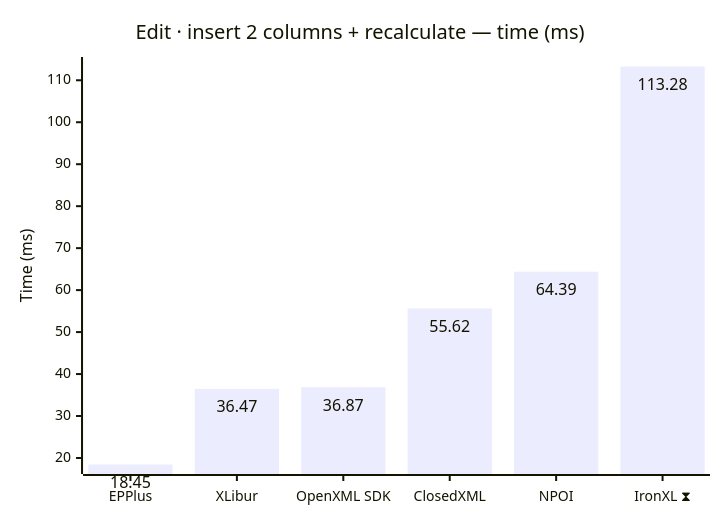
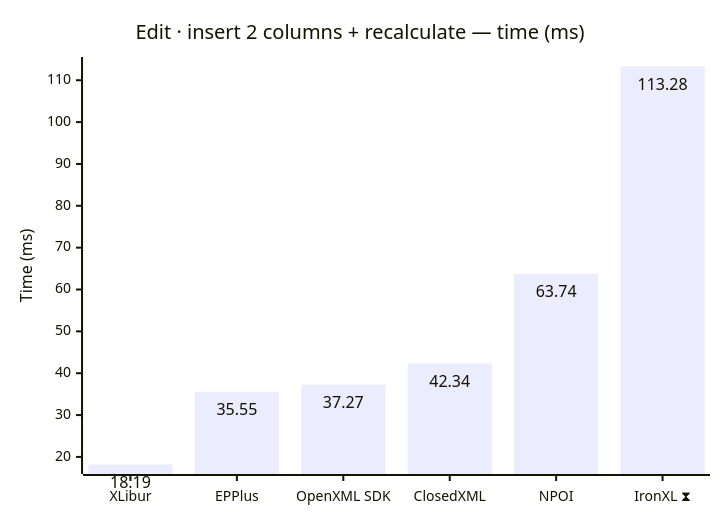
Before and after one commit to jafin/XLBench: diagram 11 of 12 in docs/results-ci.md, drawn with Mermaid. The commit also changed other lines of this file, not shown here.

````diff
--- a/docs/results-ci.md
+++ b/docs/results-ci.md
@@ -171,12 +171,12 @@
 ```mermaid
 ---
 config:
   xyChart:
     showDataLabel: true
 ---
 xychart-beta
     title "Edit · insert 2 columns + recalculate — time (ms)"
-    x-axis ["EPPlus", "XLibur", "OpenXML SDK", "ClosedXML", "NPOI", "IronXL ⧗"]
+    x-axis ["XLibur", "EPPlus", "OpenXML SDK", "ClosedXML", "NPOI", "IronXL ⧗"]
     y-axis "Time (ms)"
-    bar [18.45, 36.47, 36.87, 55.62, 64.39, 113.28]
+    bar [18.19, 35.55, 37.27, 42.34, 63.74, 113.28]
 ```
````
